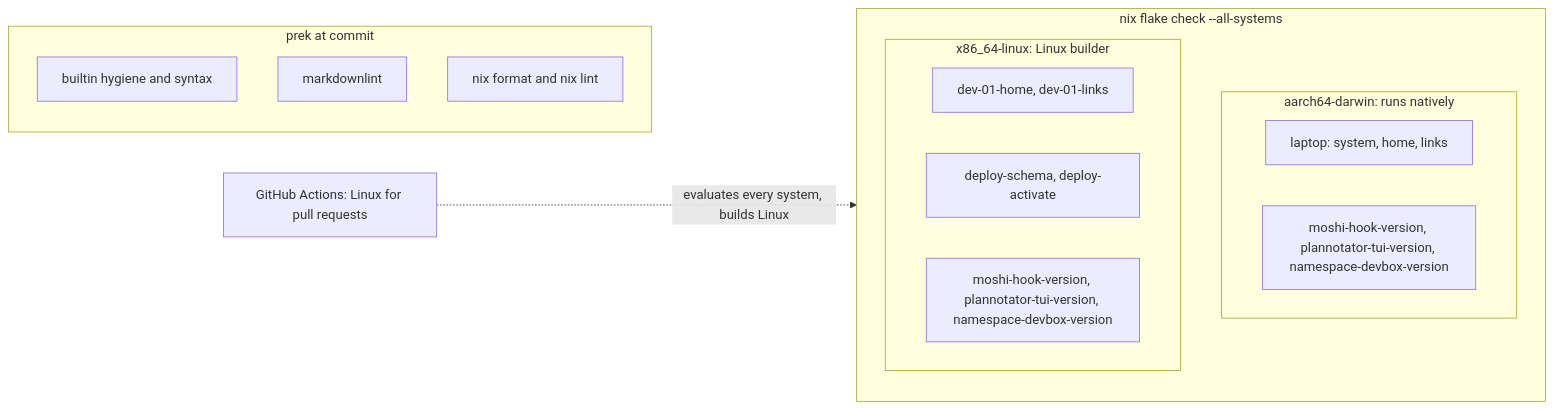
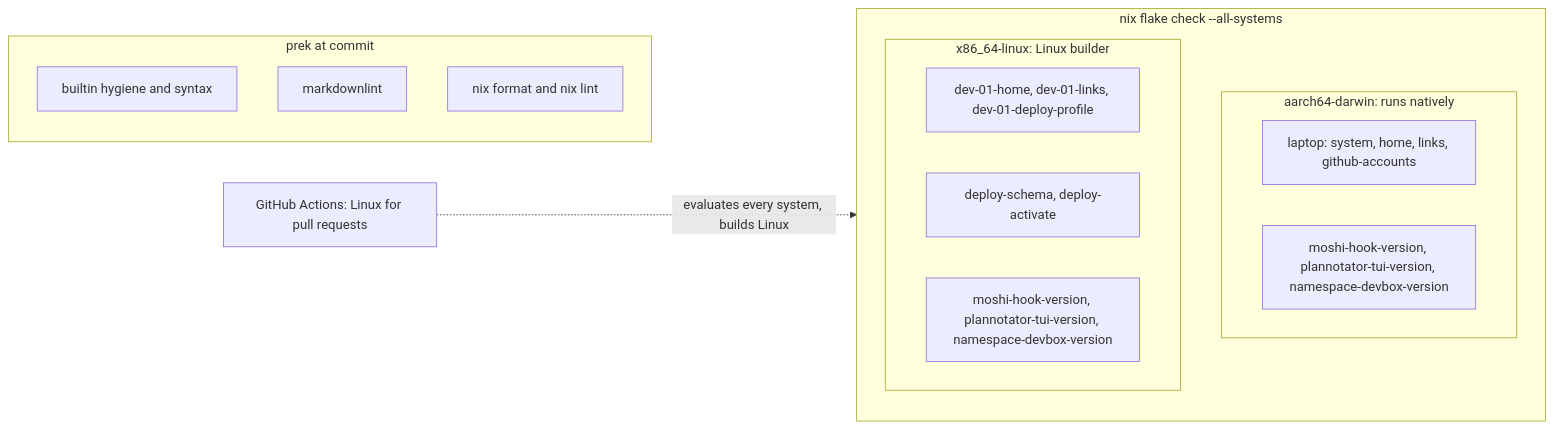
Before and after one commit to mich-murphy/nix-config: the third of 3 diagrams in README.md, drawn with Mermaid. The commit also changed other lines of this file and 5 other files, not shown here.

````diff
--- a/README.md
+++ b/README.md
@@ -243,20 +276,20 @@
 ```mermaid
 flowchart LR
   subgraph PK["prek at commit"]
     H1["builtin hygiene and syntax"]
     H2["markdownlint"]
     H3["nix format and nix lint"]
   end
   subgraph FC["nix flake check --all-systems"]
     subgraph MAC["aarch64-darwin: runs natively"]
-      M2["laptop: system, home, links"]
+      M2["laptop: system, home, links, github-accounts"]
       M3["moshi-hook-version, plannotator-tui-version, namespace-devbox-version"]
     end
     subgraph LIN["x86_64-linux: Linux builder"]
-      L1["dev-01-home, dev-01-links"]
+      L1["dev-01-home, dev-01-links, dev-01-deploy-profile"]
       L2["deploy-schema, deploy-activate"]
       L3["moshi-hook-version, plannotator-tui-version, namespace-devbox-version"]
     end
   end
   CI["GitHub Actions: Linux for pull requests"] -.->|"evaluates every system, builds Linux"| FC
 ```
````
